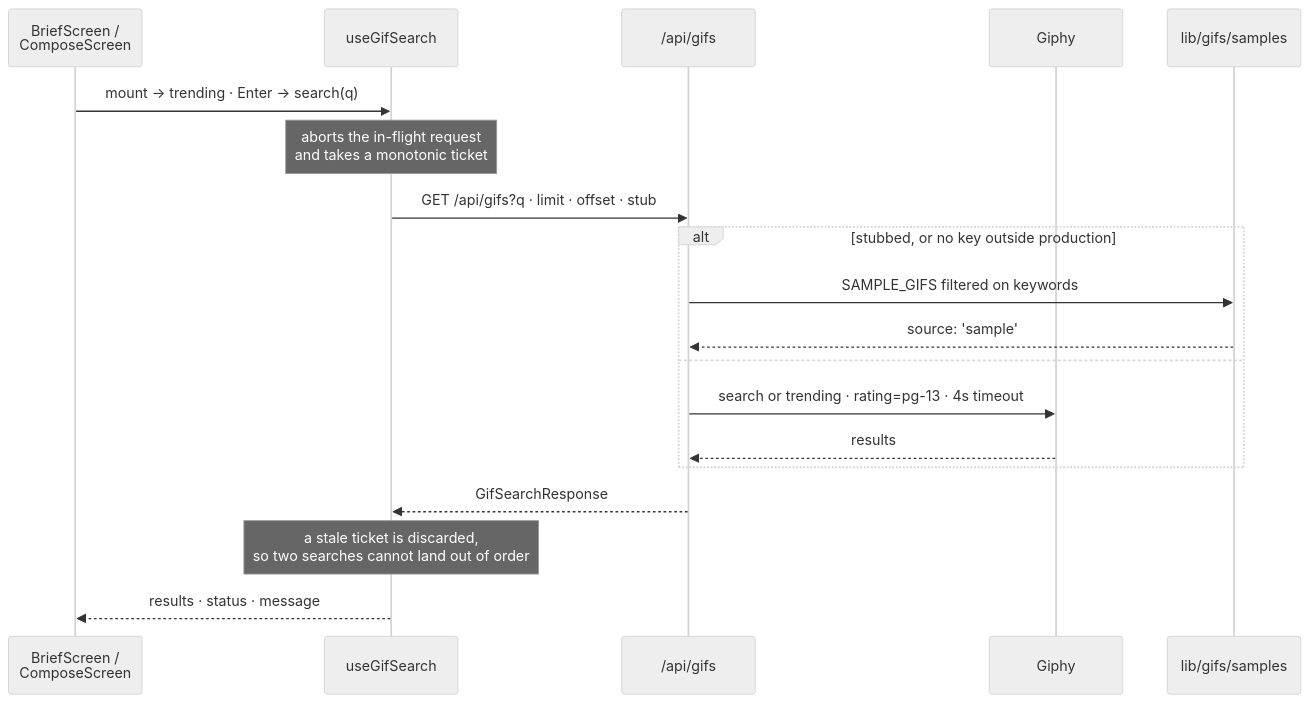
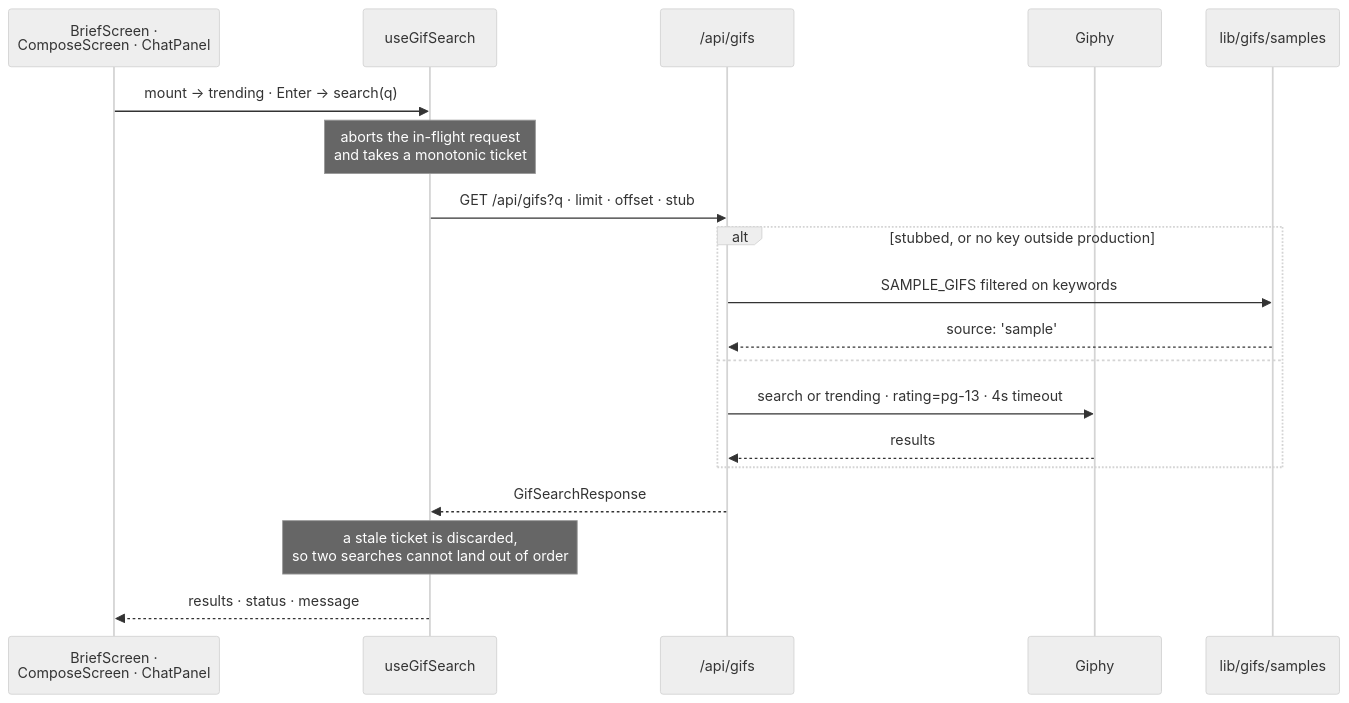
Before and after one commit to Jmeza081/captionist: the tenth of 11 diagrams in docs/architecture.md, drawn with Mermaid (neutral theme). The commit also changed other lines of this file and 3 other files, not shown here.

````diff
--- a/docs/architecture.md
+++ b/docs/architecture.md
@@ -574,22 +1421,22 @@
 ```mermaid
 sequenceDiagram
-  participant S as BriefScreen /<br/>ComposeScreen
+  participant S as BriefScreen ·<br/>ComposeScreen · ChatPanel
   participant U as useGifSearch
   participant R as /api/gifs
   participant G as Giphy
   participant P as lib/gifs/samples
 
   S->>U: mount → trending · Enter → search(q)
   Note over U: aborts the in-flight request<br/>and takes a monotonic ticket
   U->>R: GET /api/gifs?q · limit · offset · stub
   alt stubbed, or no key outside production
     R->>P: SAMPLE_GIFS filtered on keywords
     P-->>R: source: 'sample'
   else
     R->>G: search or trending · rating=pg-13 · 4s timeout
     G-->>R: results
   end
   R-->>U: GifSearchResponse
   Note over U: a stale ticket is discarded,<br/>so two searches cannot land out of order
   U-->>S: results · status · message
 ```
````
